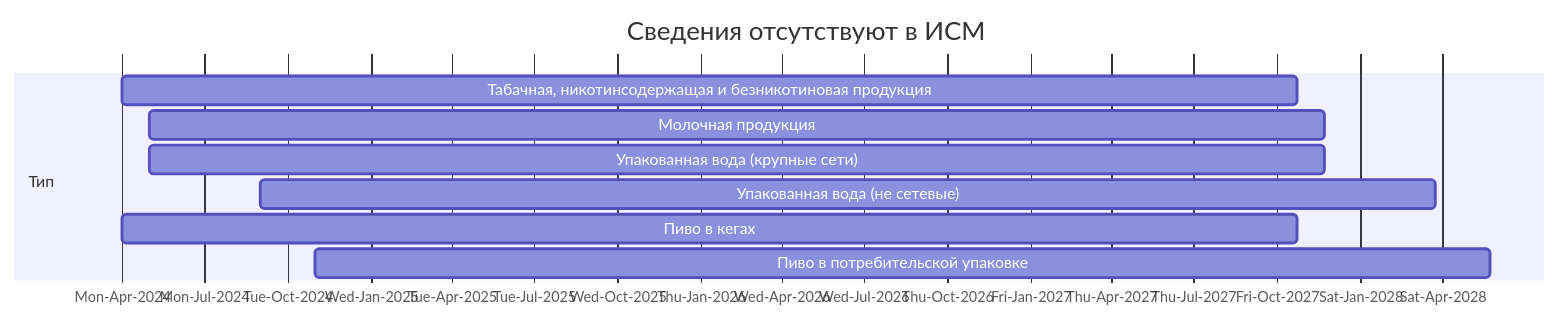
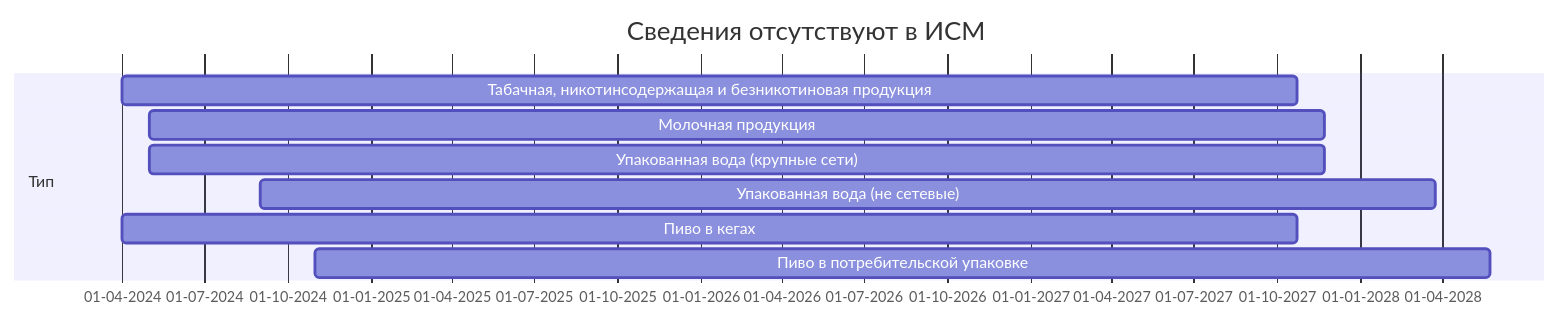
One commit to itidasoft/wiki changed the first of 7 diagrams in imark/ppr1944.md. Above: the diagram before and after it, drawn with Mermaid. The commit also changed other lines of this file, not shown here.

Commit message:
docs: update imark/ppr1944

````diff
--- a/imark/ppr1944.md
+++ b/imark/ppr1944.md
@@ -195,13 +195,13 @@
 ```mermaid
 gantt
 	title Сведения отсутствуют в ИСМ
   dateFormat DD-MM-YYYY
-  axisFormat %a-%b-%Y
+  axisFormat %d-%m-%Y
   section Тип
   	Табачная, никотинсодержащая и безникотиновая продукция          :a1, 01-04-2024, 1300d
     Молочная продукция    :a2, 01-05-2024, 1300d
     Упакованная вода (крупные сети)   :a3, 01-05-2024, 1300d
     Упакованная вода (не сетевые)   :a4, 01-09-2024, 1300d
     Пиво в кегах       :a5, 01-04-2024, 1300d
     Пиво в потребительской упаковке       :a6, 01-11-2024, 1300d
 ``` 
````
